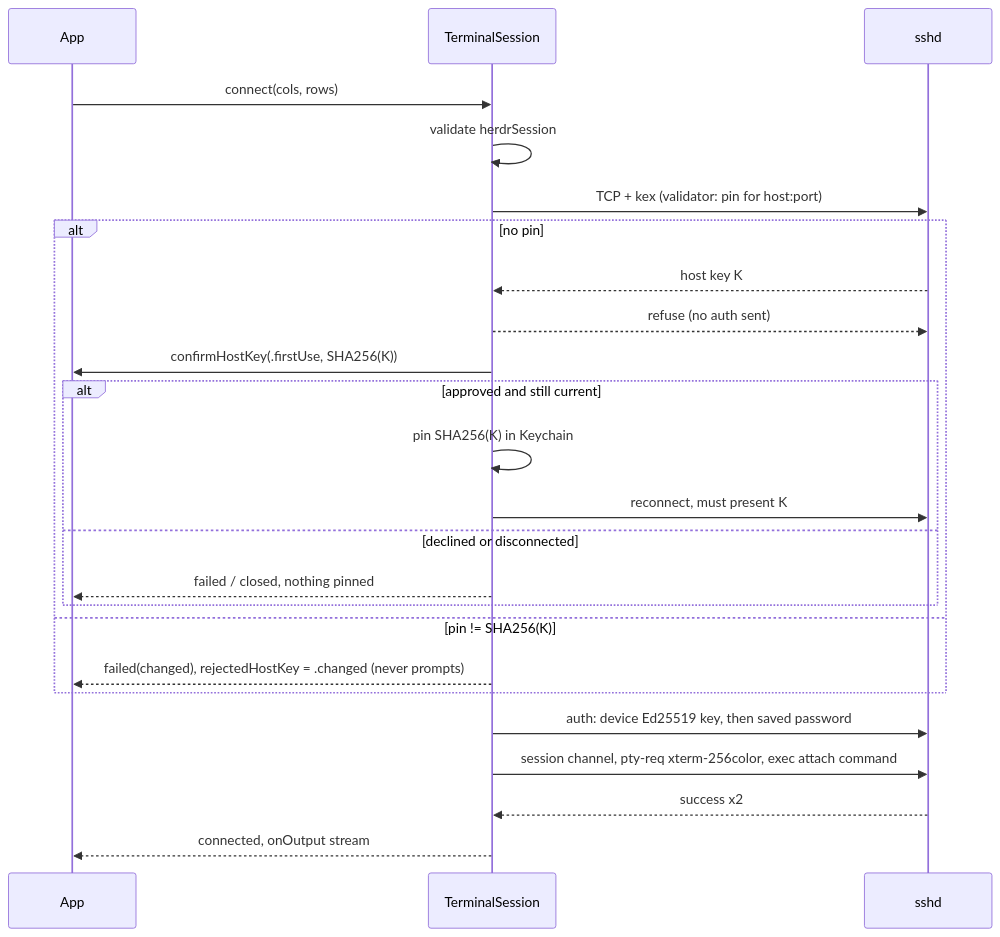
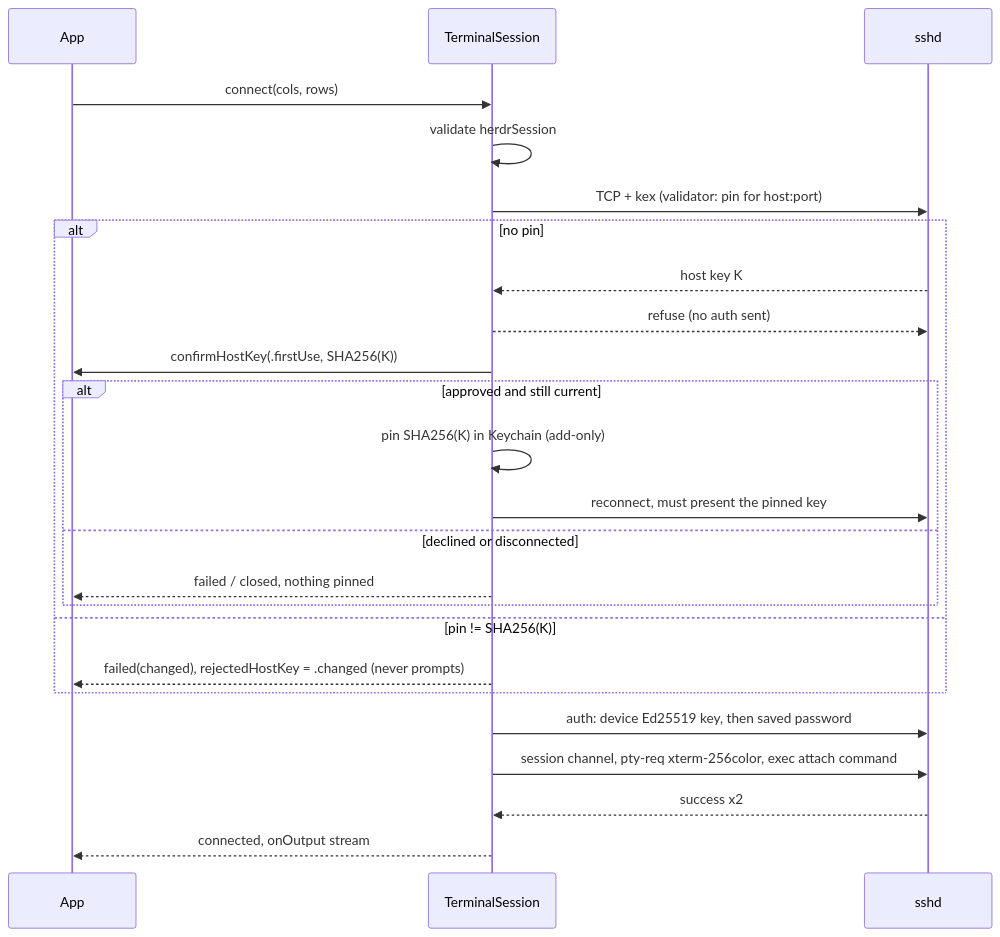
The diagram in docs/lanes/transport.md (Volpestyle/herdr-ios), drawn with Mermaid before and after one commit. The commit also changed other lines of this file and 3 other files, not shown here.

````diff
--- a/docs/lanes/transport.md
+++ b/docs/lanes/transport.md
@@ -61,26 +77,26 @@
 ```mermaid
 sequenceDiagram
   participant App
   participant TS as TerminalSession
   participant Host as sshd
   App->>TS: connect(cols, rows)
   TS->>TS: validate herdrSession
   TS->>Host: TCP + kex (validator: pin for host:port)
   alt no pin
     Host-->>TS: host key K
     TS-->>Host: refuse (no auth sent)
     TS->>App: confirmHostKey(.firstUse, SHA256(K))
     alt approved and still current
-      TS->>TS: pin SHA256(K) in Keychain
-      TS->>Host: reconnect, must present K
+      TS->>TS: pin SHA256(K) in Keychain (add-only)
+      TS->>Host: reconnect, must present the pinned key
     else declined or disconnected
       TS-->>App: failed / closed, nothing pinned
     end
   else pin != SHA256(K)
     TS-->>App: failed(changed), rejectedHostKey = .changed (never prompts)
   end
   TS->>Host: auth: device Ed25519 key, then saved password
   TS->>Host: session channel, pty-req xterm-256color, exec attach command
   Host-->>TS: success x2
   TS-->>App: connected, onOutput stream
 ```
````
